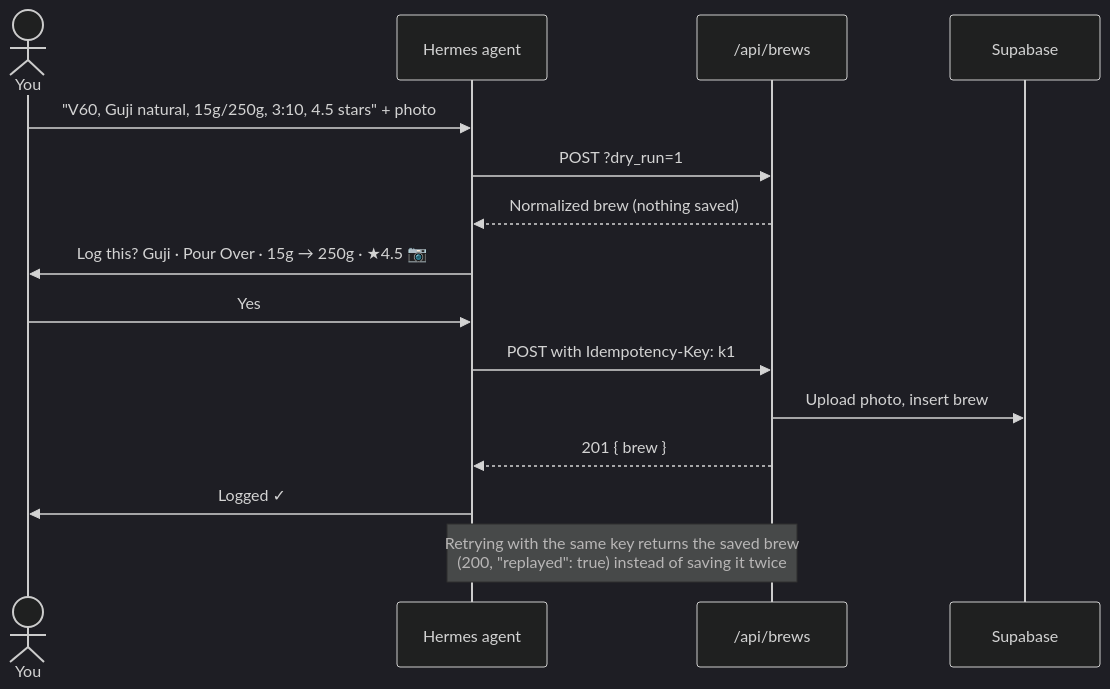
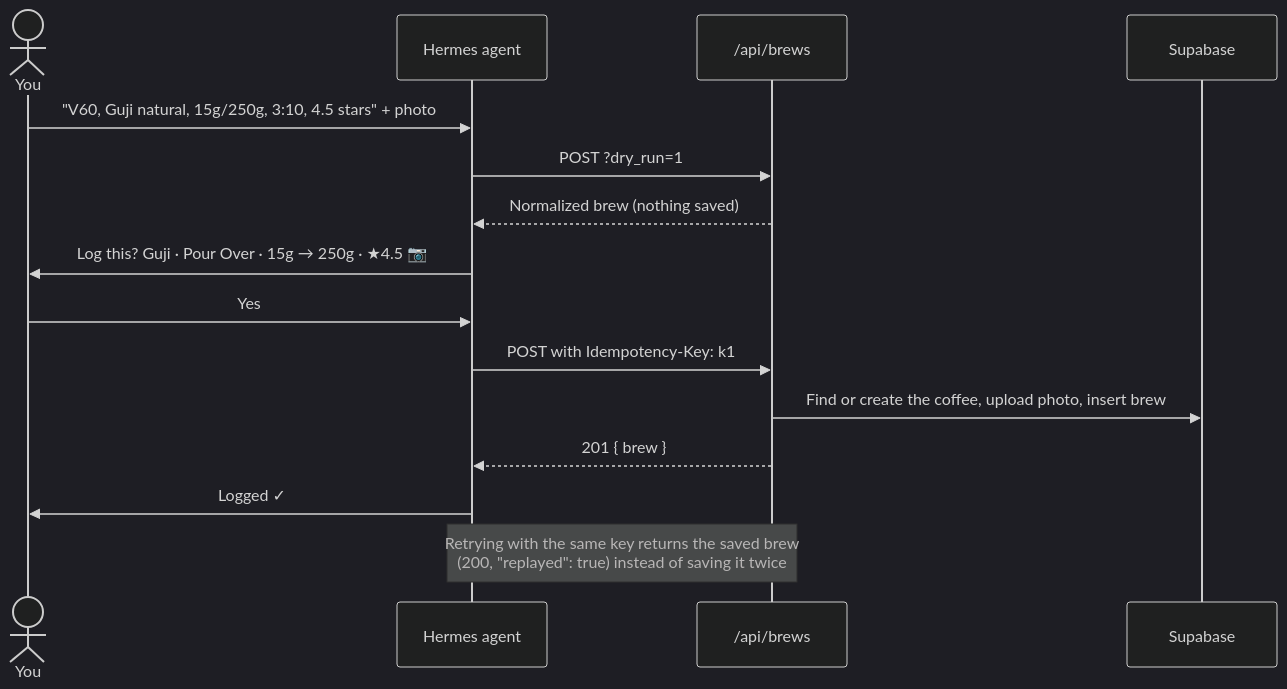
Before and after one commit to antmelon/BruLogger: the fifth of 6 diagrams in README.md, drawn with Mermaid (dark theme). The commit also changed other lines of this file and 47 other files, not shown here.

````diff
--- a/README.md
+++ b/README.md
@@ -257,18 +281,18 @@
 ```mermaid
 sequenceDiagram
   actor you as You
   participant bot as Hermes agent
   participant api as /api/brews
   participant sb as Supabase
 
   you->>bot: "V60, Guji natural, 15g/250g, 3:10, 4.5 stars" + photo
   bot->>api: POST ?dry_run=1
   api-->>bot: Normalized brew (nothing saved)
   bot->>you: Log this? Guji · Pour Over · 15g → 250g · ★4.5 📷
   you->>bot: Yes
   bot->>api: POST with Idempotency-Key: k1
-  api->>sb: Upload photo, insert brew
+  api->>sb: Find or create the coffee, upload photo, insert brew
   api-->>bot: 201 { brew }
   bot->>you: Logged ✓
   Note over bot,api: Retrying with the same key returns the saved brew<br/>(200, "replayed": true) instead of saving it twice
 ```
````
